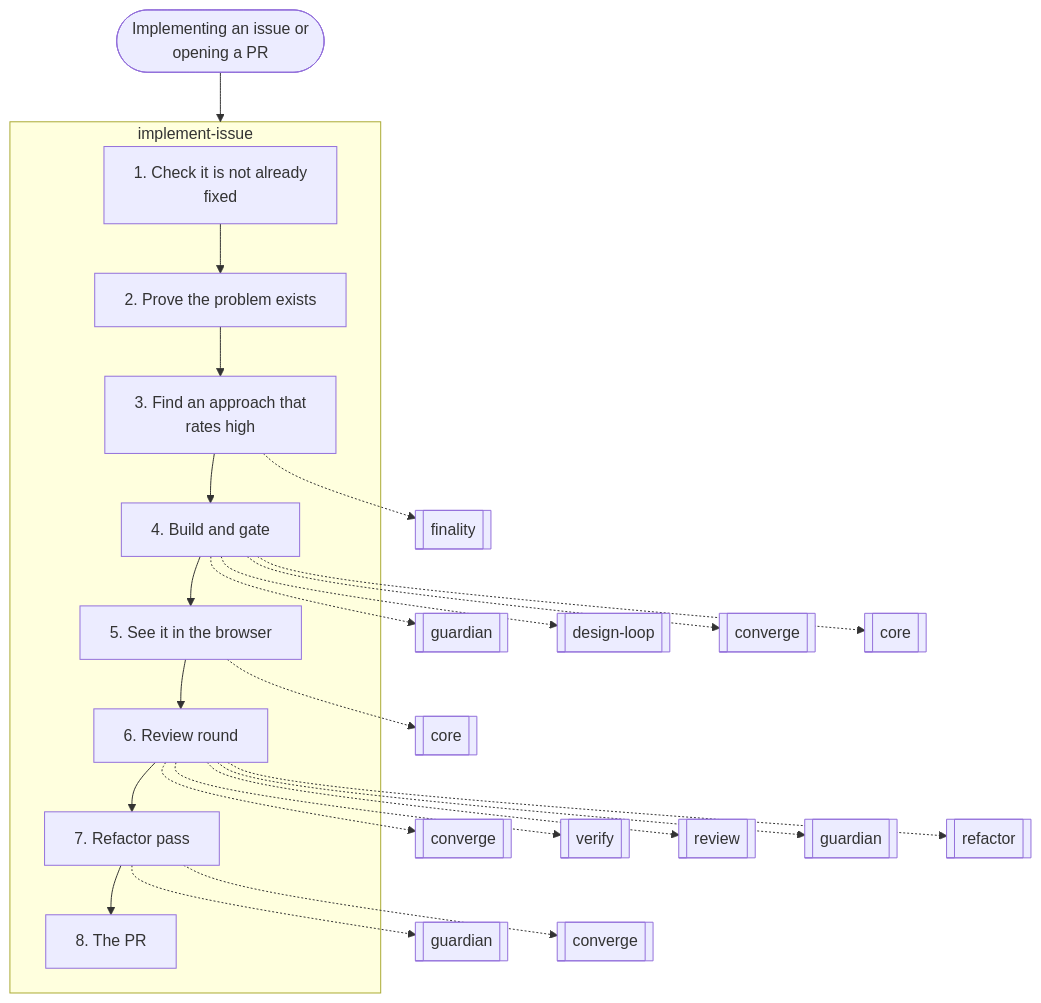
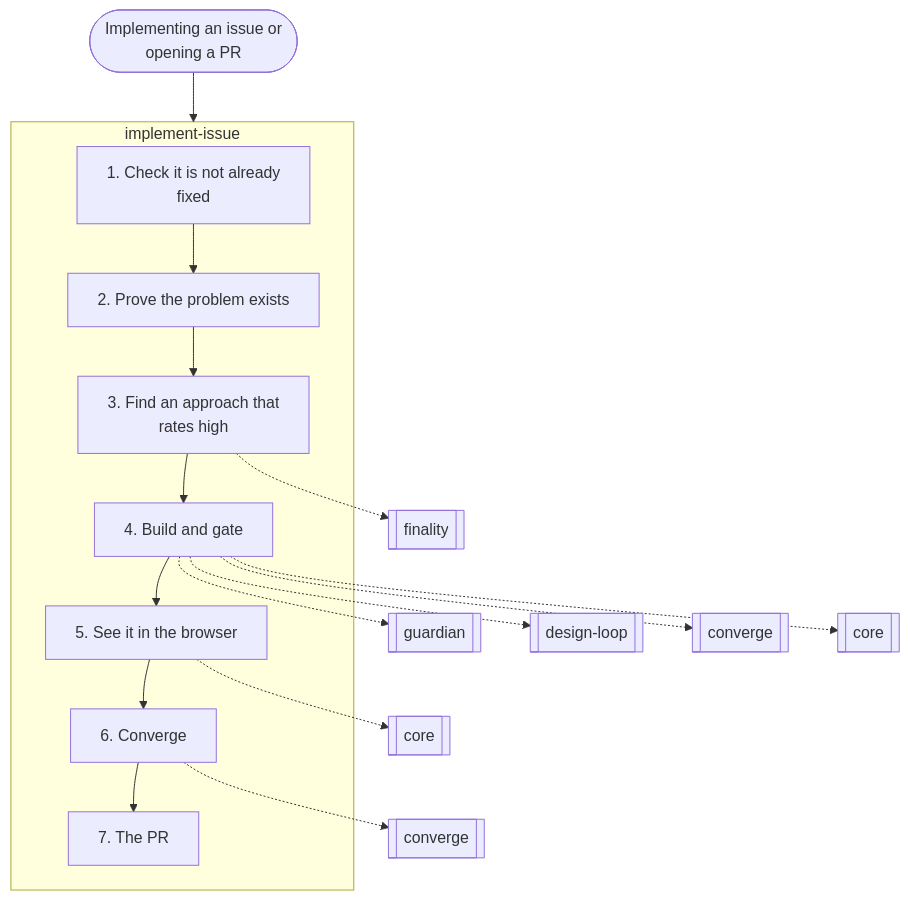
One commit to nitedani/mergeworthy changed the sixth of 14 diagrams in docs/graphs.md. Above: the diagram before and after it, drawn with Mermaid. The commit also changed other lines of this file and 12 other files, not shown here.

````diff
--- a/docs/graphs.md
+++ b/docs/graphs.md
@@ -170,35 +170,27 @@
 ```mermaid
 flowchart TB
   start(["Implementing an issue or<br/>opening a PR"])
   subgraph g0["implement-issue"]
     s0["1. Check it is not already<br/>fixed"]
     s1["2. Prove the problem exists"]
     s0 --> s1
     s2["3. Find an approach that<br/>rates high"]
     s1 --> s2
     s3["4. Build and gate"]
     s2 --> s3
     s4["5. See it in the browser"]
     s3 --> s4
-    s5["6. Review round"]
+    s5["6. Converge"]
     s4 --> s5
-    s6["7. Refactor pass"]
+    s6["7. The PR"]
     s5 --> s6
-    s7["8. The PR"]
-    s6 --> s7
   end
   s2 -.-> r1[["finality"]]
   s3 -.-> r2[["guardian"]]
   s3 -.-> r3[["design-loop"]]
   s3 -.-> r4[["converge"]]
   s3 -.-> r5[["core"]]
   s4 -.-> r6[["core"]]
   s5 -.-> r7[["converge"]]
-  s5 -.-> r8[["verify"]]
-  s5 -.-> r9[["review"]]
-  s5 -.-> r10[["guardian"]]
-  s5 -.-> r11[["refactor"]]
-  s6 -.-> r12[["guardian"]]
-  s6 -.-> r13[["converge"]]
   start --> g0
 ```
````
